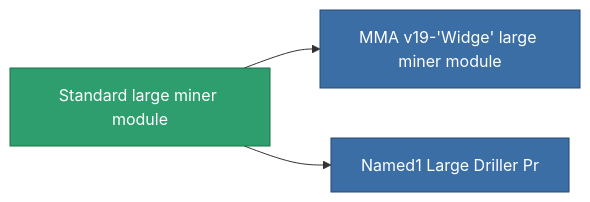
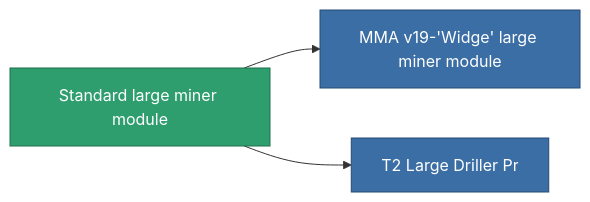
One commit to OpenPerpetuum/Wiki changed the diagram in content/content/items/standard_large_driller.md. Above: the diagram before and after it, drawn with Mermaid. The commit also changed other lines of this file and 4904 other files, not shown here.

````diff
--- a/content/content/items/standard_large_driller.md
+++ b/content/content/items/standard_large_driller.md
@@ -51,13 +43,13 @@
 ```mermaid
 graph LR
     a["Standard large miner module"]:::current
     b["MMA v19-'Widge' large miner module"]:::prod
     a --> b
     click b "/content/items/named1-large-driller/" "MMA v19-'Widge' large miner module"
-    c["Named1 Large Driller Pr"]:::prod
+    c["T2 Large Driller Pr"]:::prod
     a --> c
-    click c "/content/items/named1-large-driller-pr/" "Named1 Large Driller Pr"
+    click c "/content/items/named1-large-driller-pr/" "T2 Large Driller Pr"
     classDef current fill:#2f9e6f,stroke:#1f6f4a,color:#ffffff
     classDef prod fill:#3b6ea5,stroke:#274a75,color:#ffffff
     classDef more fill:#39445a,stroke:#54658a,color:#d5dbe8
 ```
````
